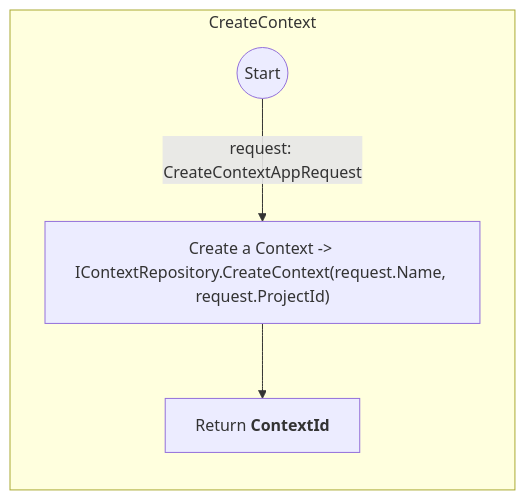
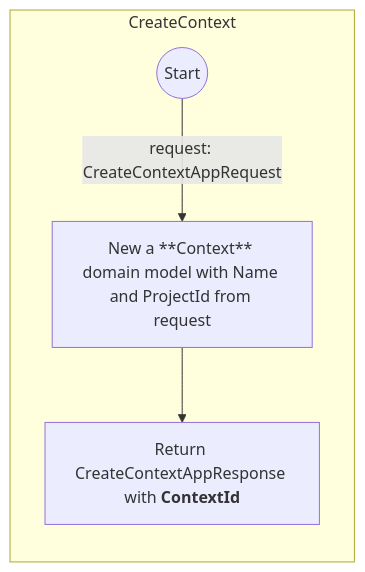
One commit to sdlfly2000/DomainBasedDesigner changed the second of 2 diagrams in AI/Actions/ContextAppService.md. Above: the diagram before and after it, drawn with Mermaid. The commit also changed other lines of this file and 2 other files, not shown here.

Commit message:
Refactor ContextAppService

````diff
--- a/AI/Actions/ContextAppService.md
+++ b/AI/Actions/ContextAppService.md
@@ -42,9 +46,9 @@
     ```mermaid
         graph TB
             subgraph main CreateContext[CreateContext]
                 direction TB
                 start2(("Start")) --> 
-                |request: CreateContextAppRequest| CreateContext["Create a Context -> IContextRepository.CreateContext(request.Name, request.ProjectId)"]-->
-                return2["`Return **ContextId**`"]
+                |request: CreateContextAppRequest| newContext["New a **Context** domain model with Name and ProjectId from request"]-->
+                return2["`Return CreateContextAppResponse with **ContextId**`"]
             end
     ```
````
